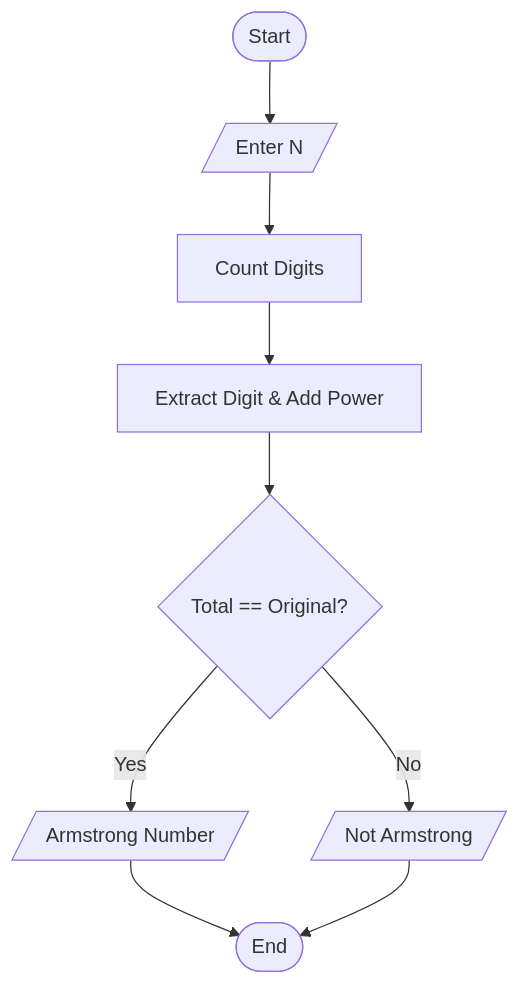
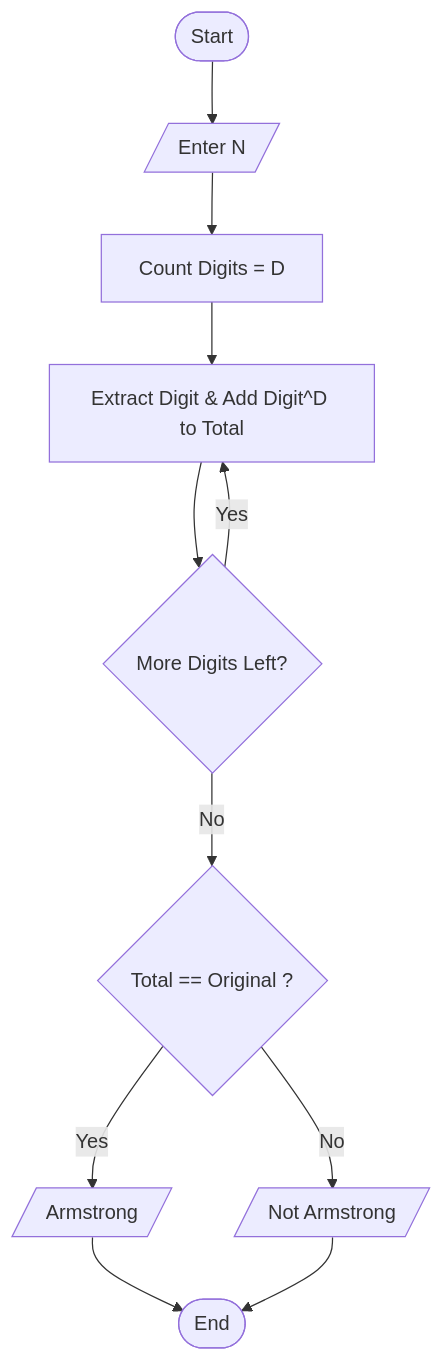
Diagram 15 of 20 in README.md (cwa-web/BasicPythonPrograms), drawn with Mermaid before and after one commit. The commit also changed other lines of this file, not shown here.

First line of the commit message:
Refactor flow diagrams to use Mermaid syntax

````diff
--- a/README.md
+++ b/README.md
@@ -452,11 +468,13 @@
   ```mermaid
   flowchart TD
       A([Start]) --> B[/Enter N/]
-      B --> C[Count Digits]
-      C --> D[Extract Digit & Add Power]
-      D --> E{Total == Original?}
-      E -- Yes --> F[/Armstrong Number/]
-      E -- No --> G[/Not Armstrong/]
-      F --> H([End])
-      G --> H
+      B --> C["Count Digits = D"]
+      C --> D["Extract Digit & Add Digit^D to Total"]
+      D --> E{"More Digits Left?"}
+      E -- Yes --> D
+      E -- No --> F{"Total == Original ?"}
+      F -- Yes --> G[/Armstrong/]
+      F -- No --> H[/Not Armstrong/]
+      G --> I([End])
+      H --> I
   ```
````
